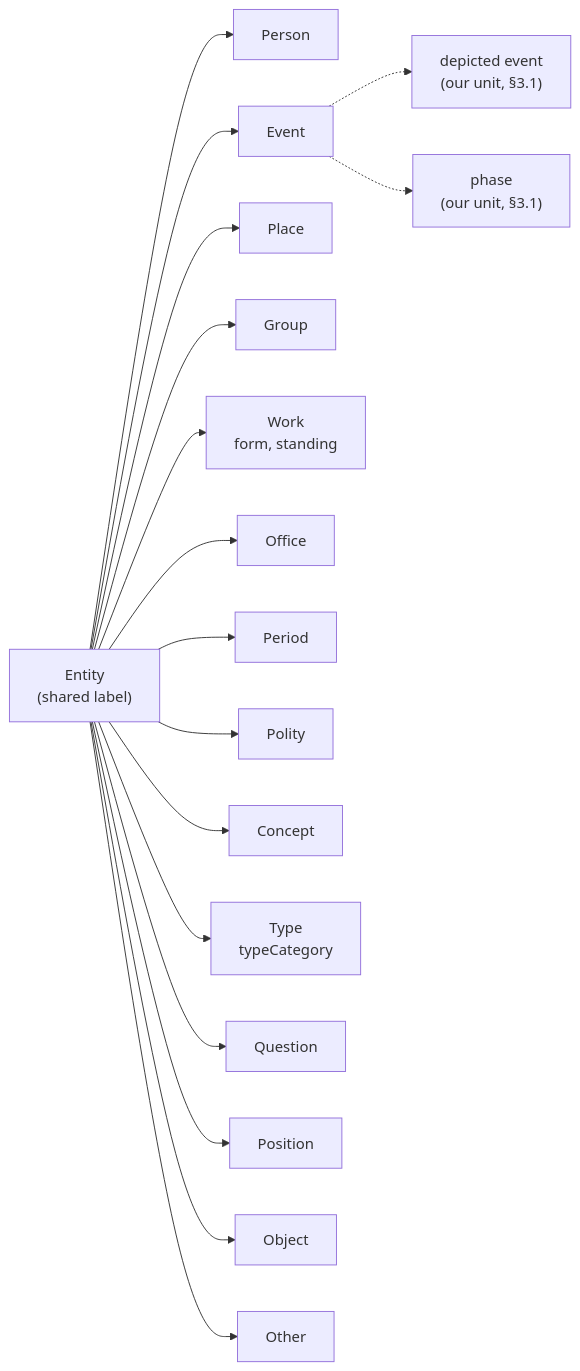
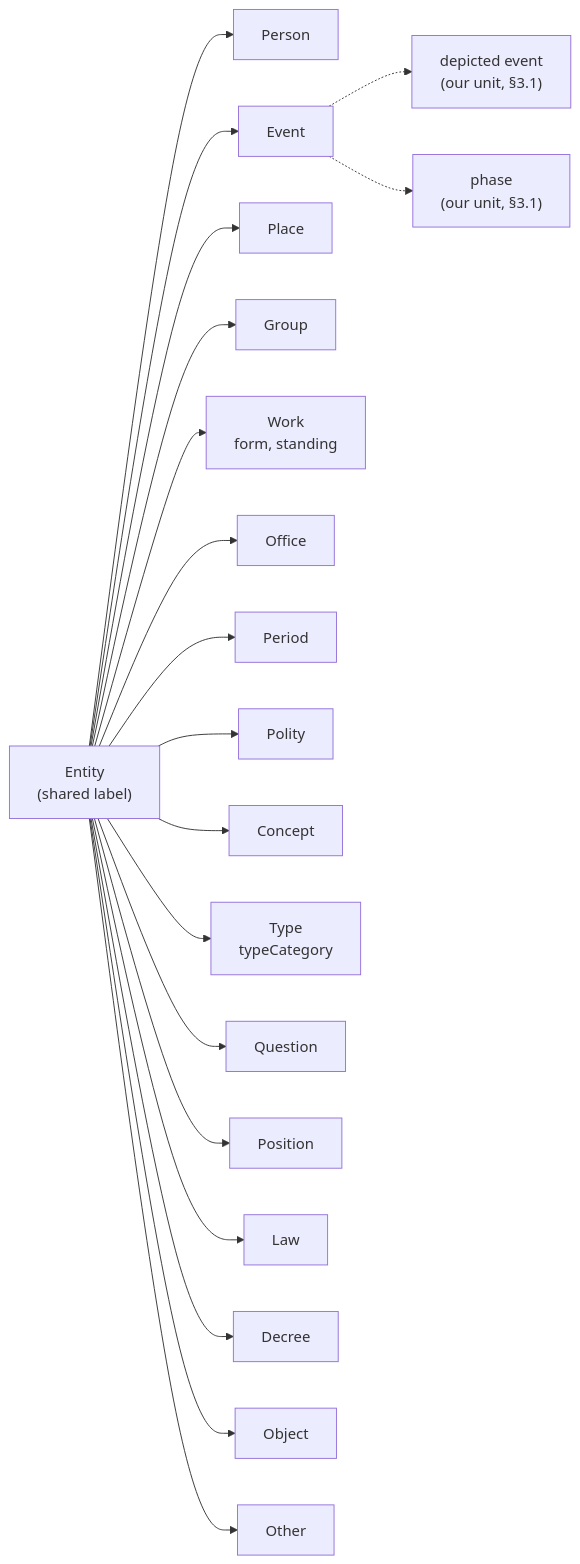
One commit to defarloa1-alt/graph1 changed the seventh of 13 diagrams in GraphRevised/30-LOGICAL-MODEL.md. Above: the diagram before and after it, drawn with Mermaid. The commit also changed other lines of this file and 22 other files, not shown here.

First line of the commit message:
GraphRevised: registry v21, laws, decrees and assemblies (D-171); doc 48

````diff
--- a/GraphRevised/30-LOGICAL-MODEL.md
+++ b/GraphRevised/30-LOGICAL-MODEL.md
@@ -461,20 +461,22 @@
 ```mermaid
 flowchart LR
     Entity["Entity<br/>(shared label)"]
     Entity --> Person
     Entity --> Event
     Entity --> Place
     Entity --> Group
     Entity --> Work["Work<br/>form, standing"]
     Entity --> Office
     Entity --> Period
     Entity --> Polity
     Entity --> Concept
     Entity --> Type["Type<br/>typeCategory"]
     Entity --> Question
     Entity --> Position
+    Entity --> Law
+    Entity --> Decree
     Entity --> Object
     Entity --> Other
     Event -.-> DepictedEvent["depicted event<br/>(our unit, §3.1)"]
     Event -.-> Phase["phase<br/>(our unit, §3.1)"]
 ```
````
